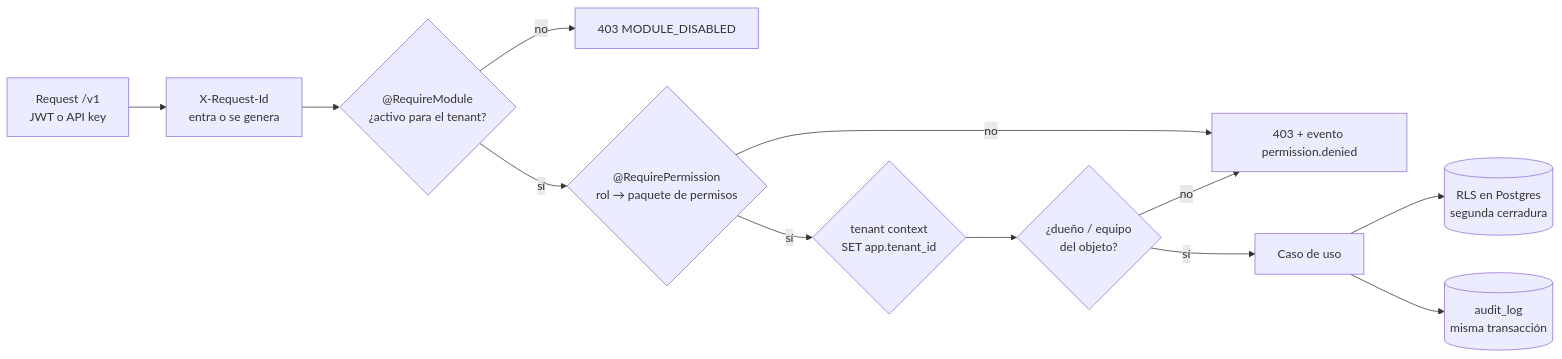
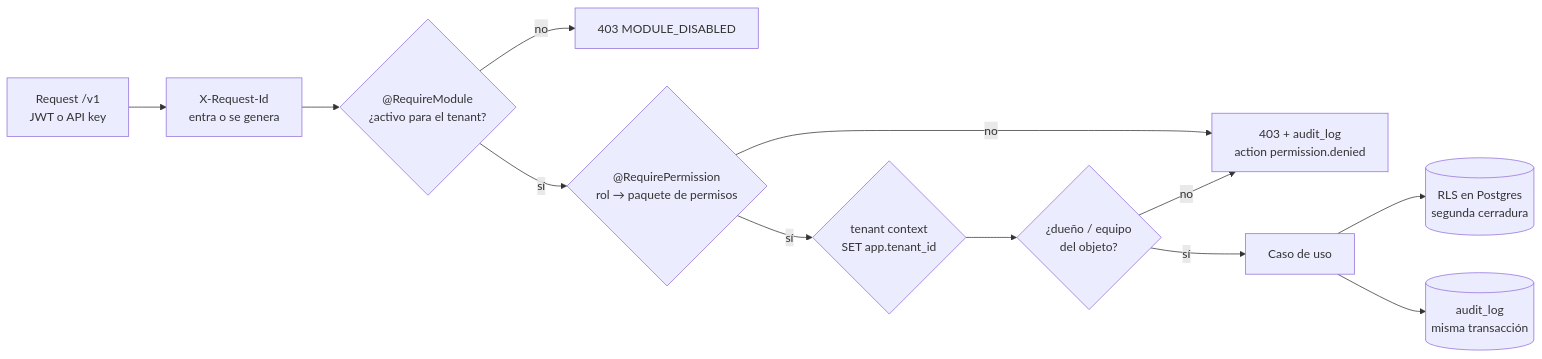
The third of 7 diagrams in docs/ARCHITECTURE.md (voxtilabs/IAxTi), drawn with Mermaid before and after one commit. The commit also changed 8 other files, not shown here.

````diff
--- a/docs/ARCHITECTURE.md
+++ b/docs/ARCHITECTURE.md
@@ -91,13 +91,13 @@
 ```mermaid
 flowchart LR
   REQ[Request /v1<br/>JWT o API key] --> RID[X-Request-Id<br/>entra o se genera]
   RID --> M{"@RequireModule<br/>¿activo para el tenant?"}
   M -->|no| MD[403 MODULE_DISABLED]
   M -->|sí| PERM{"@RequirePermission<br/>rol → paquete de permisos"}
-  PERM -->|no| DEN[403 + evento permission.denied]
+  PERM -->|no| DEN["403 + audit_log<br/>action permission.denied"]
   PERM -->|sí| TEN{tenant context<br/>SET app.tenant_id}
   TEN --> OBJ{¿dueño / equipo<br/>del objeto?}
   OBJ -->|no| DEN
   OBJ -->|sí| SVC[Caso de uso] --> RLS[(RLS en Postgres<br/>segunda cerradura)]
   SVC --> AUDIT[(audit_log<br/>misma transacción)]
 ```
````
